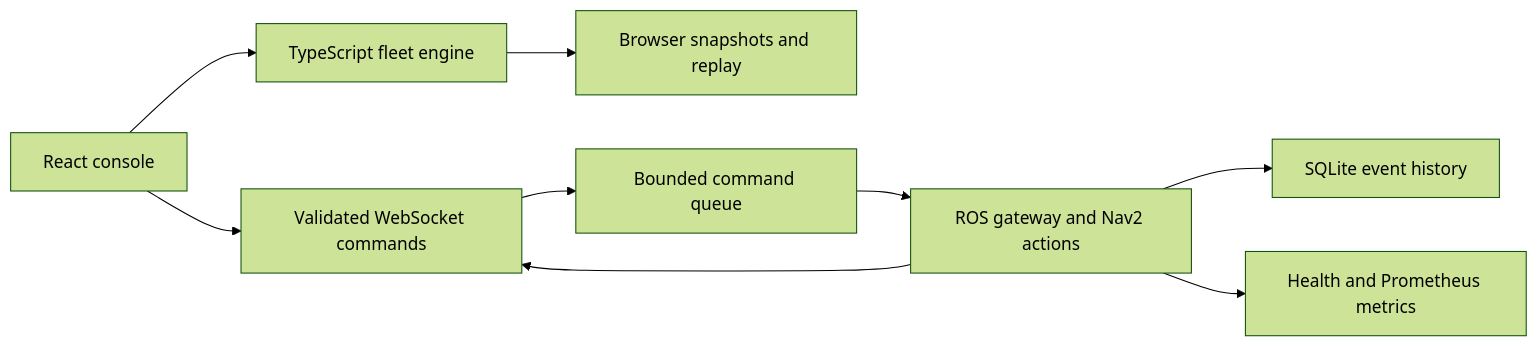
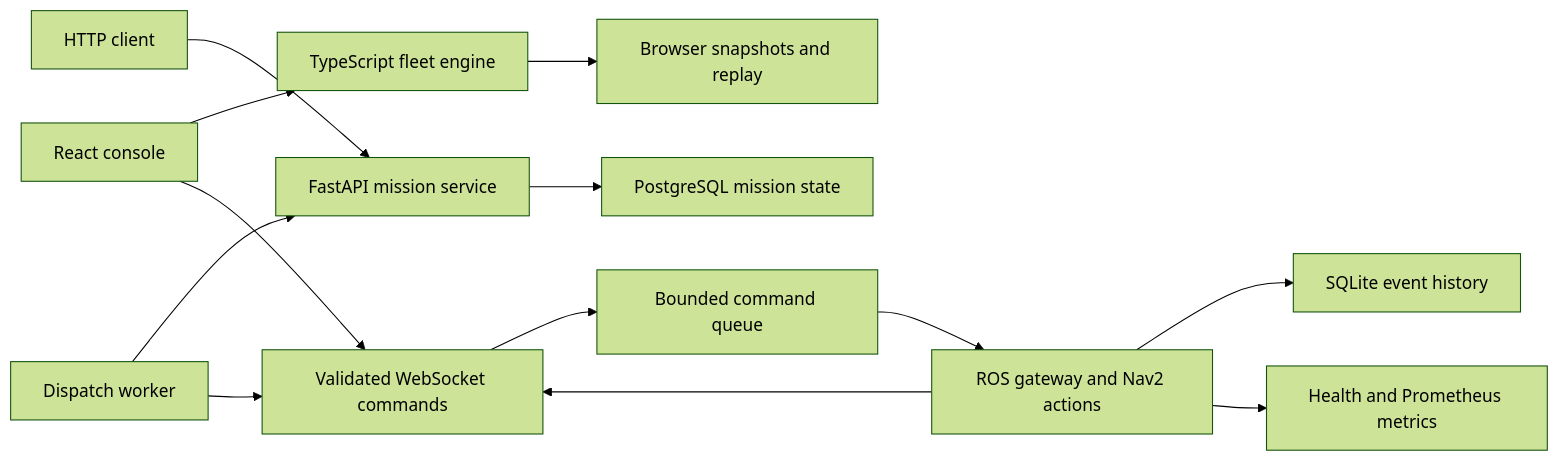
One commit to Ekanshthegreat/NodeAI-rework changed the diagram in README.md. Above: the diagram before and after it, drawn with Mermaid (forest theme). The commit also changed other lines of this file and 4 other files, not shown here.

Commit message:
Document the persisted mission flow and keep a verified fixture run

````diff
--- a/README.md
+++ b/README.md
@@ -28,11 +28,15 @@
 ```mermaid
 flowchart LR
   Browser[React console] --> Sim[TypeScript fleet engine]
   Sim --> Replay[Browser snapshots and replay]
+  APIClient[HTTP client] --> API[FastAPI mission service]
+  API --> DB[PostgreSQL mission state]
+  Worker[Dispatch worker] --> API
+  Worker --> WS
   Browser --> WS[Validated WebSocket commands]
   WS --> Queue[Bounded command queue]
   Queue --> ROS[ROS gateway and Nav2 actions]
   ROS --> Audit[SQLite event history]
   ROS --> WS
   ROS --> Health[Health and Prometheus metrics]
 ```
````
